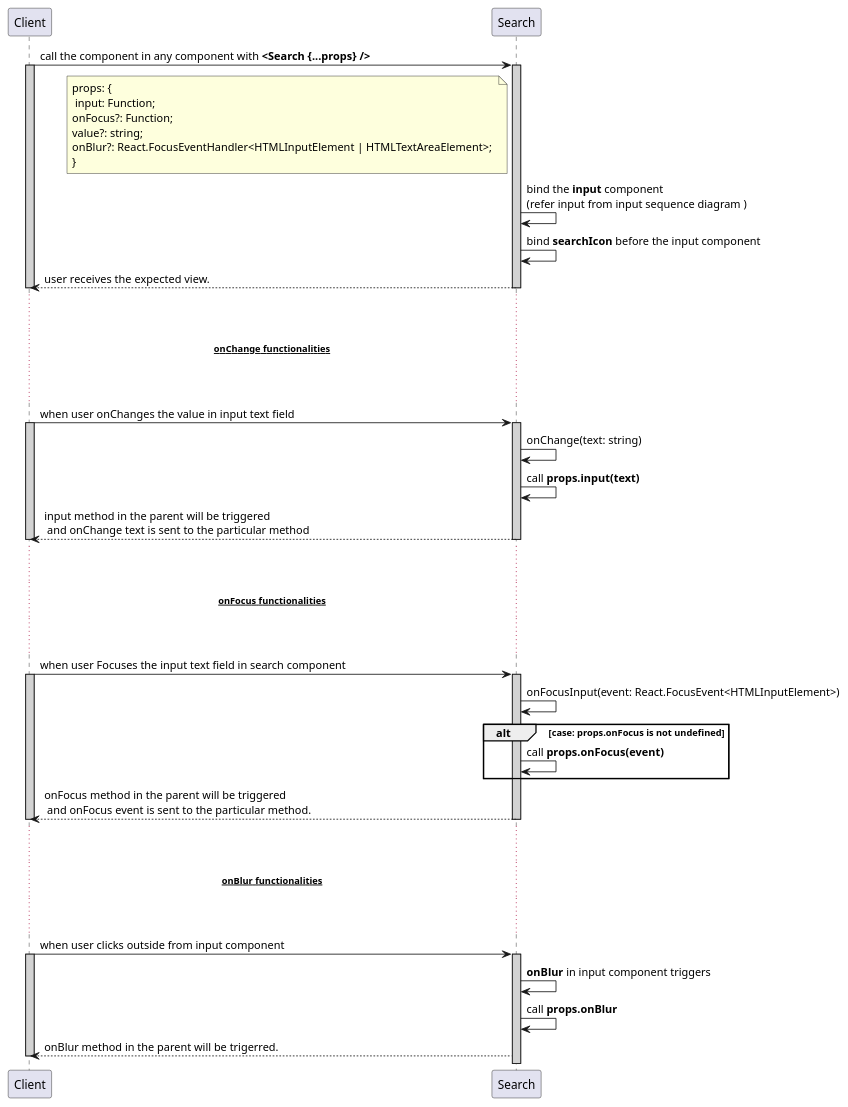
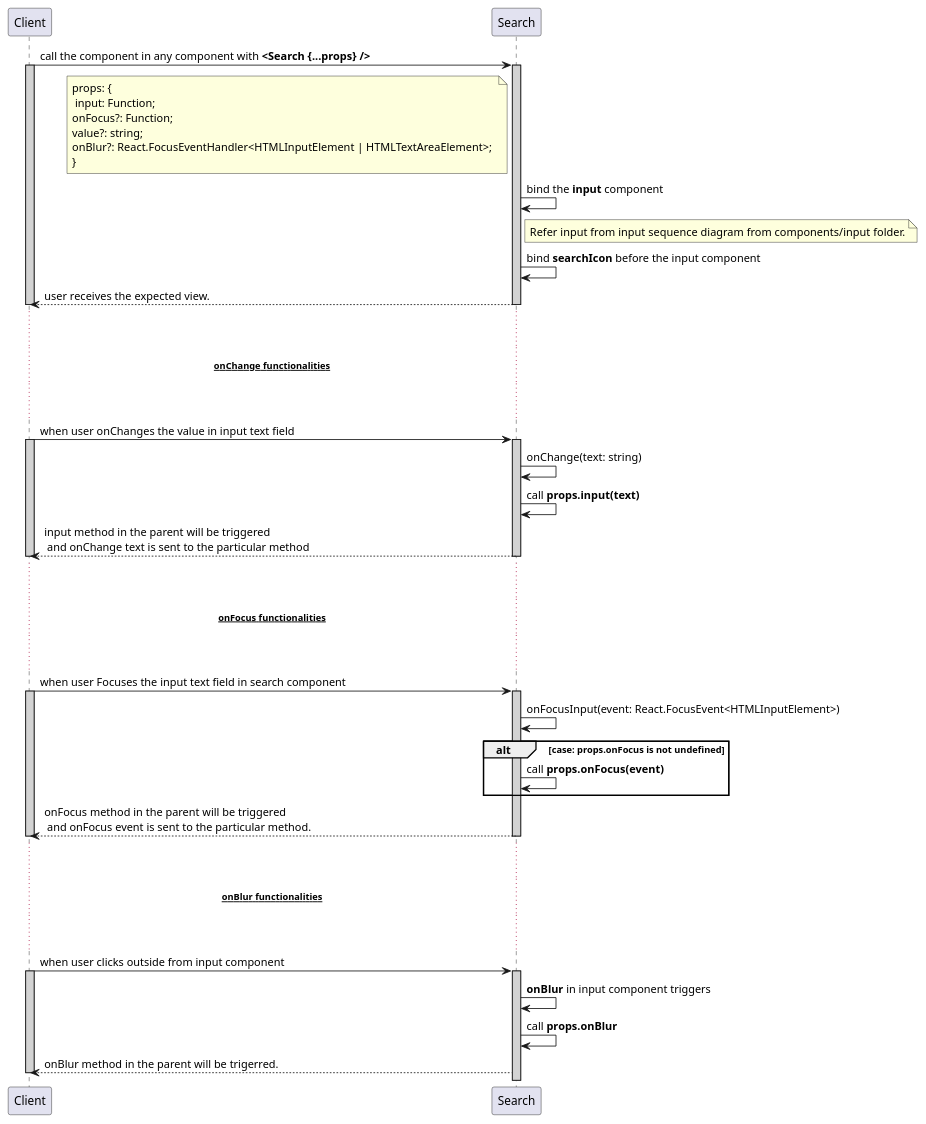
The diagram in frontend/components/search/search.sequence.puml (avasoft-mobility/workday-design), drawn with PlantUML before and after one commit. The commit also changed 8 other files, not shown here.

```diff
--- a/frontend/components/search/search.sequence.puml
+++ b/frontend/components/search/search.sequence.puml
@@ -1,55 +1,56 @@
 @startuml Search
 participant Client
 participant Search
 
 Client -> Search : call the component in any component with **<Search {...props} />**\t\t\t\t\t\t
 activate Client #D3D3D3
     activate Search #D3D3D3
         note left of Search : props: {\n input: Function;\nonFocus?: Function;\nvalue?: string;\nonBlur?: React.FocusEventHandler<HTMLInputElement | HTMLTextAreaElement>; \n}
-        Search -> Search : bind the **input** component\n(refer input from input sequence diagram )
+        Search -> Search : bind the **input** component
+        note right of Search : Refer input from input sequence diagram from components/input folder.
         Search -> Search : bind **searchIcon** before the input component
         Client <-- Search : user receives the expected view.
     deactivate Search
 deactivate Client
 
 ... ...
 ...~~**onChange functionalities**~~ ...
 ... ...
 
 Client -> Search : when user onChanges the value in input text field
 activate Client #D3D3D3
     activate Search #D3D3D3
         Search -> Search: onChange(text: string)
         Search -> Search : call **props.input(text)**
         Client <-- Search : input method in the parent will be triggered\n and onChange text is sent to the particular method
     deactivate Search
 deactivate Client
 
 ... ...
 ...~~**onFocus functionalities**~~ ...
 ... ...
 
 Client -> Search : when user Focuses the input text field in search component
 activate Client #D3D3D3
     activate Search #D3D3D3
         Search -> Search : onFocusInput(event: React.FocusEvent<HTMLInputElement>)
         alt case: props.onFocus is not undefined
             Search -> Search : call **props.onFocus(event)**
         end
         Client <-- Search :onFocus method in the parent will be triggered\n and onFocus event is sent to the particular method.
     deactivate Search
 deactivate Client
 
 ... ...
 ...~~**onBlur functionalities**~~ ...
 ... ...
 
 Client -> Search : when user clicks outside from input component
 activate Client #D3D3D3
     activate Search #D3D3D3
         Search -> Search: **onBlur** in input component triggers 
         Search -> Search : call **props.onBlur**
         Client <-- Search : onBlur method in the parent will be trigerred.
 deactivate Client
 
 @enduml
```
